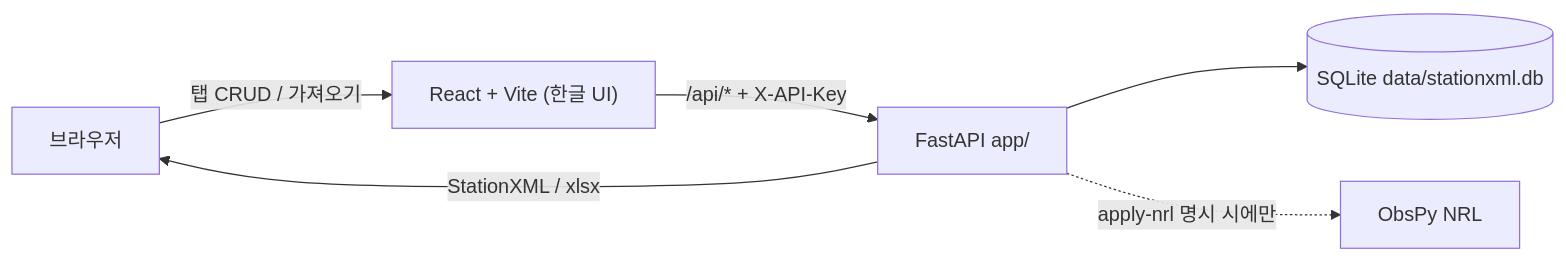
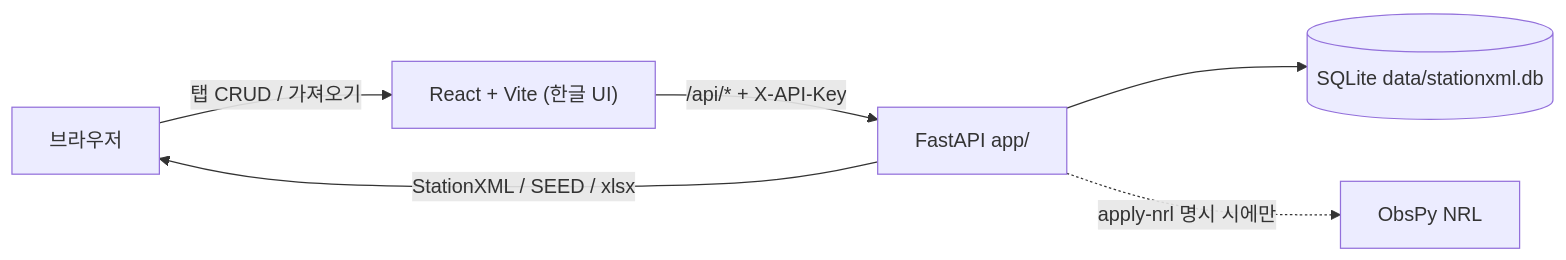
Before and after one commit to kerc-bikim/dev: the first of 2 diagrams in stationxml_manager/PLAN.md, drawn with Mermaid. The commit also changed other lines of this file and 23 other files, not shown here.

````diff
--- a/stationxml_manager/PLAN.md
+++ b/stationxml_manager/PLAN.md
@@ -47,13 +47,13 @@
 ```mermaid
 flowchart LR
   User[브라우저]
   FE["React + Vite (한글 UI)"]
   BE[FastAPI app/]
   DB[("SQLite data/stationxml.db")]
   NRL[ObsPy NRL]
   User -->|탭 CRUD / 가져오기| FE
   FE -->|"/api/* + X-API-Key"| BE
   BE --> DB
   BE -.->|apply-nrl 명시 시에만| NRL
-  BE -->|StationXML / xlsx| User
+  BE -->|StationXML / SEED / xlsx| User
 ```
````
